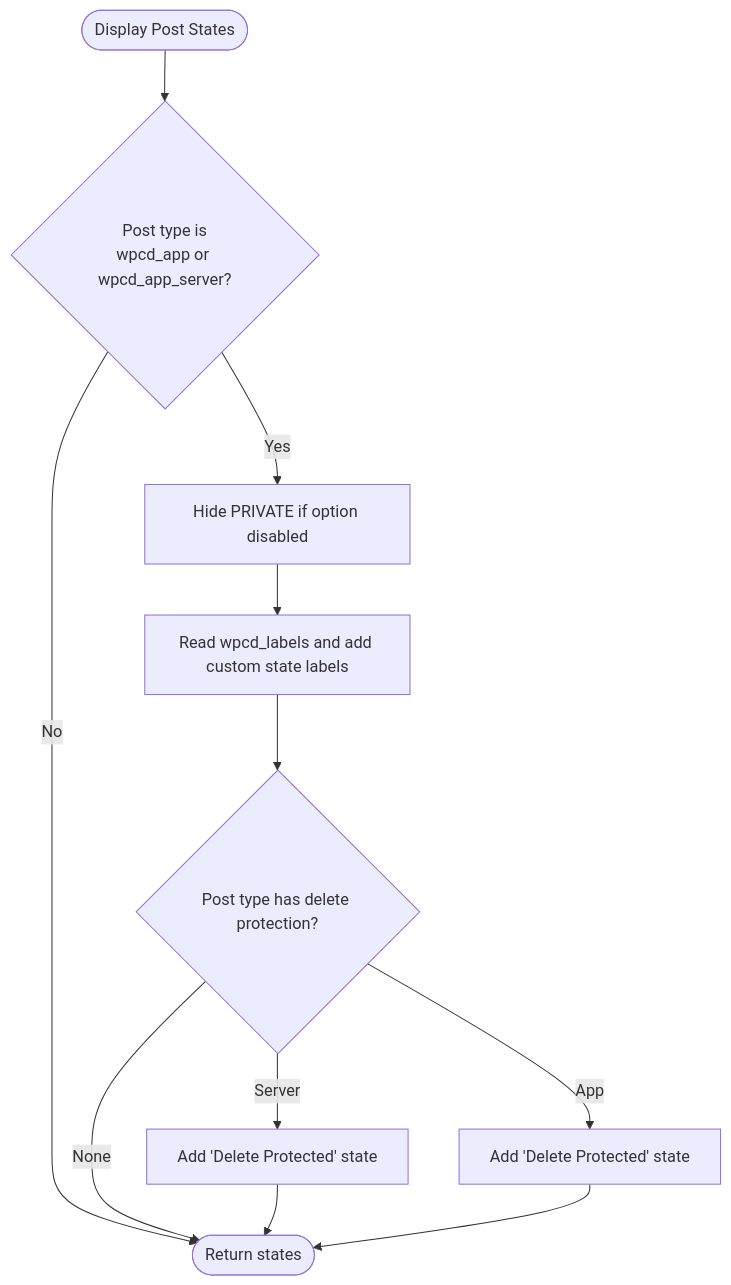
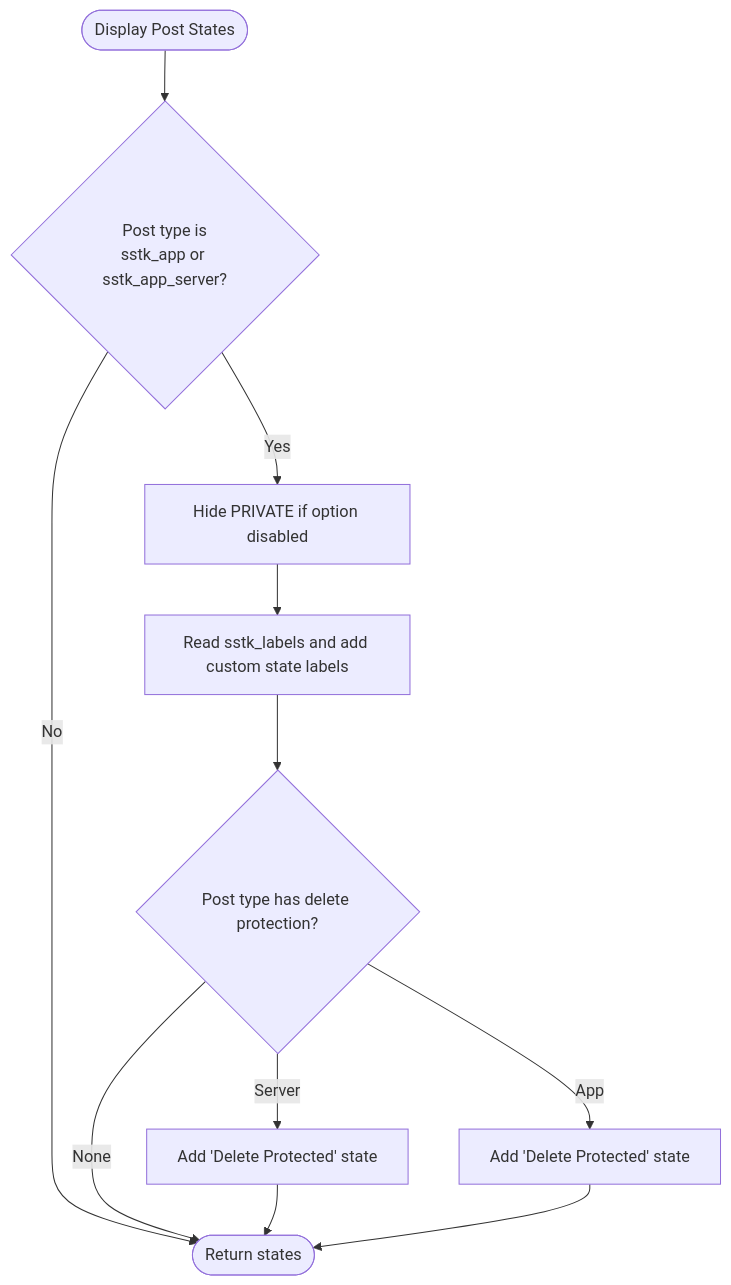
One commit to onedogsolutions/simple-stack changed the third of 8 diagrams in .qoder/repowiki/en/content/Data Management/Custom Post Types.md. Above: the diagram before and after it, drawn with Mermaid. The commit also changed other lines of this file and 5941 other files, not shown here.

````diff
--- a/.qoder/repowiki/en/content/Data Management/Custom Post Types.md
+++ b/.qoder/repowiki/en/content/Data Management/Custom Post Types.md
@@ -179,13 +179,13 @@
 ```mermaid
 flowchart TD
-Start(["Display Post States"]) --> CheckType{"Post type is<br/>wpcd_app or wpcd_app_server?"}
+Start(["Display Post States"]) --> CheckType{"Post type is<br/>sstk_app or sstk_app_server?"}
 CheckType --> |No| End(["Return states"])
 CheckType --> |Yes| HidePrivate["Hide PRIVATE if option disabled"]
-HidePrivate --> AddLabels["Read wpcd_labels and add custom state labels"]
+HidePrivate --> AddLabels["Read sstk_labels and add custom state labels"]
 AddLabels --> CheckProtection{"Post type has delete protection?"}
 CheckProtection --> |Server| AddServerProtected["Add 'Delete Protected' state"]
 CheckProtection --> |App| AddAppProtected["Add 'Delete Protected' state"]
 CheckProtection --> |None| End
 AddServerProtected --> End
 AddAppProtected --> End
 ```
````
